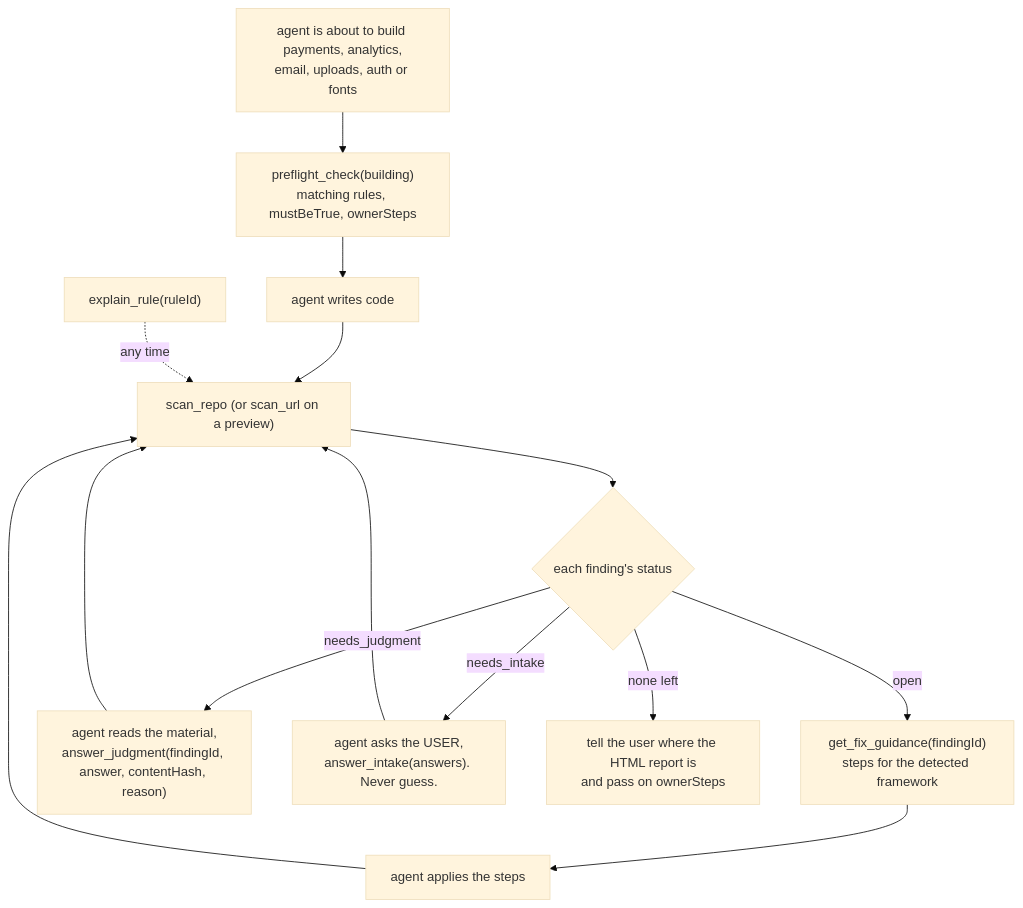
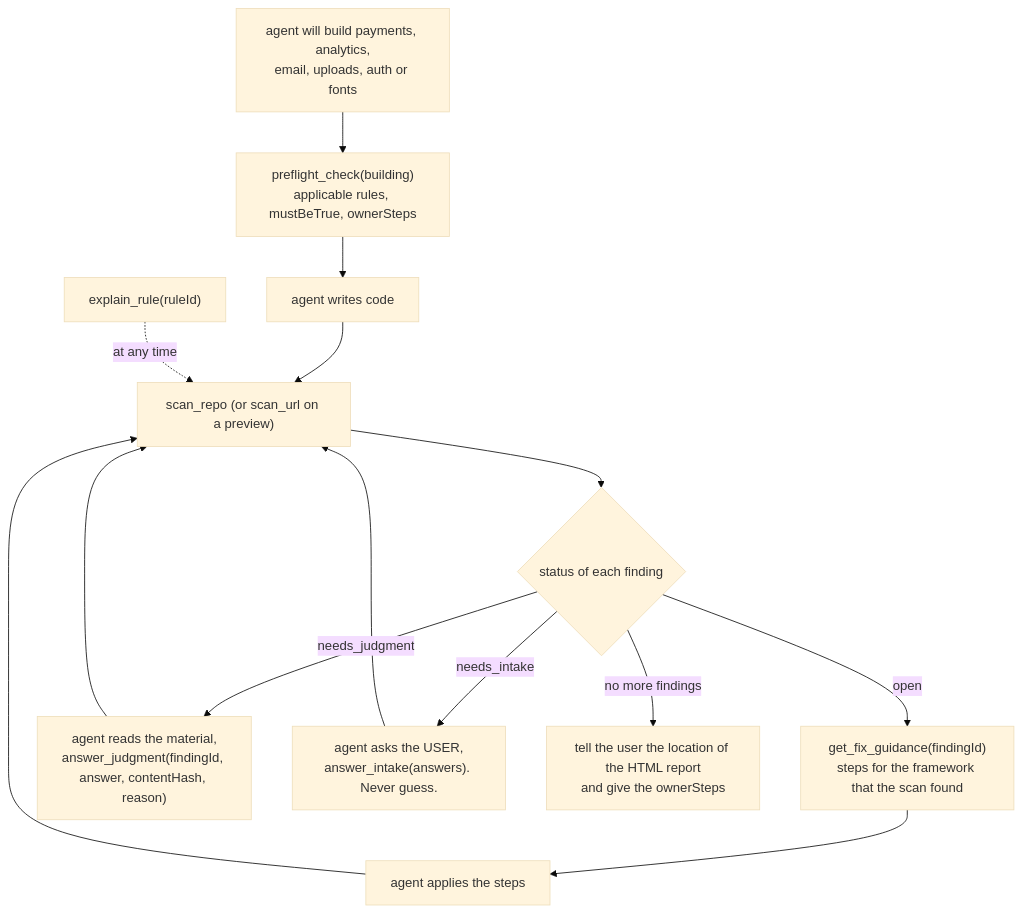
The tenth of 13 diagrams in docs/architecture.md (raghavg27/legal-linter), drawn with Mermaid (base theme) before and after one commit. The commit also changed other lines of this file and 7 other files, not shown here.

Commit message:
docs: rewrite README, CLAUDE.md, contributor docs and architecture diagrams in ASD-STE100 style

````diff
--- a/docs/architecture.md
+++ b/docs/architecture.md
@@ -245,12 +245,12 @@
 ```mermaid
 flowchart TD
-  plan["agent is about to build payments, analytics,<br/>email, uploads, auth or fonts"] --> pre["preflight_check(building)<br/>matching rules, mustBeTrue, ownerSteps"]
+  plan["agent will build payments, analytics,<br/>email, uploads, auth or fonts"] --> pre["preflight_check(building)<br/>applicable rules, mustBeTrue, ownerSteps"]
   pre --> build["agent writes code"]
   build --> scan["scan_repo (or scan_url on a preview)"]
-  scan --> st{"each finding's status"}
-  st -->|open| fix["get_fix_guidance(findingId)<br/>steps for the detected framework"] --> apply["agent applies the steps"] --> scan
+  scan --> st{"status of each finding"}
+  st -->|open| fix["get_fix_guidance(findingId)<br/>steps for the framework that the scan found"] --> apply["agent applies the steps"] --> scan
   st -->|needs_judgment| judge["agent reads the material,<br/>answer_judgment(findingId, answer, contentHash, reason)"] --> scan
   st -->|needs_intake| askuser["agent asks the USER,<br/>answer_intake(answers). Never guess."] --> scan
-  st -->|none left| tell["tell the user where the HTML report is<br/>and pass on ownerSteps"]
-  explain["explain_rule(ruleId)"] -.->|any time| scan
+  st -->|no more findings| tell["tell the user the location of the HTML report<br/>and give the ownerSteps"]
+  explain["explain_rule(ruleId)"] -.->|at any time| scan
 ```
````
